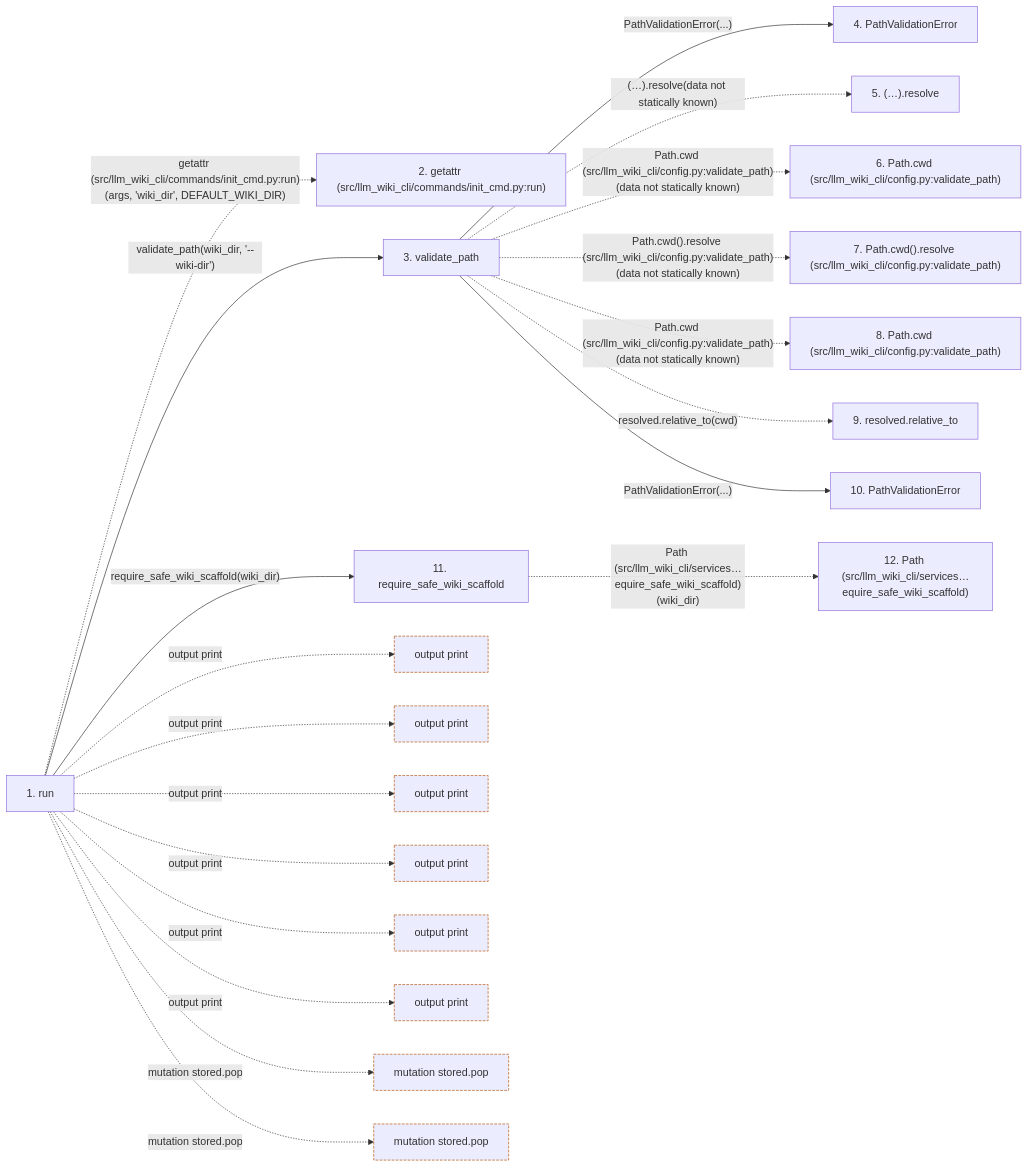
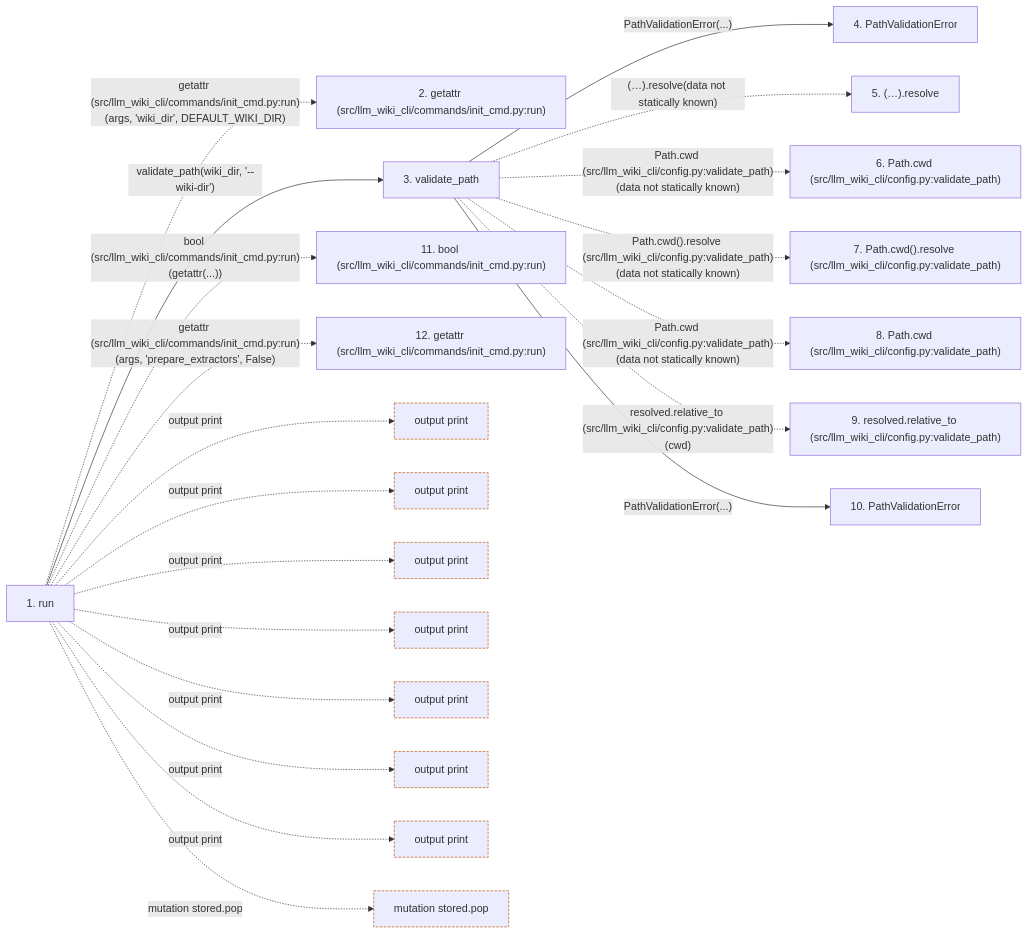
Before and after one commit to Denissvgn/python-wiki-llm: the second of 2 diagrams in docs/llm_wiki/flows/cli-init.md, drawn with Mermaid. The commit also changed other lines of this file and 509 other files, not shown here.

````diff
--- a/docs/llm_wiki/flows/cli-init.md
+++ b/docs/llm_wiki/flows/cli-init.md
@@ -92,56 +95,55 @@
 ```mermaid
 flowchart LR
     s1["1. run"]
     s2["2. getattr (src/llm_wiki_cli/commands/init_cmd.py:run)"]
     s3["3. validate_path"]
     s4["4. PathValidationError"]
     s5["5. (…).resolve"]
     s6["6. Path.cwd (src/llm_wiki_cli/config.py:validate_path)"]
     s7["7. Path.cwd().resolve (src/llm_wiki_cli/config.py:validate_path)"]
     s8["8. Path.cwd (src/llm_wiki_cli/config.py:validate_path)"]
-    s9["9. resolved.relative_to"]
+    s9["9. resolved.relative_to (src/llm_wiki_cli/config.py:validate_path)"]
     s10["10. PathValidationError"]
-    s11["11. require_safe_wiki_scaffold"]
-    s12["12. Path (src/llm_wiki_cli/services…equire_safe_wiki_scaffold)"]
+    s11["11. bool (src/llm_wiki_cli/commands/init_cmd.py:run)"]
+    s12["12. getattr (src/llm_wiki_cli/commands/init_cmd.py:run)"]
     s1 -. "getattr (src/llm_wiki_cli/commands/init_cmd.py:run)(args, 'wiki_dir', DEFAULT_WIKI_DIR)" .-> s2
     s1 -->|"validate_path(wiki_dir, '--wiki-dir')"| s3
     s3 -->|"PathValidationError(...)"| s4
     s3 -. "(…).resolve(data not statically known)" .-> s5
     s3 -. "Path.cwd (src/llm_wiki_cli/config.py:validate_path)(data not statically known)" .-> s6
     s3 -. "Path.cwd().resolve (src/llm_wiki_cli/config.py:validate_path)(data not statically known)" .-> s7
     s3 -. "Path.cwd (src/llm_wiki_cli/config.py:validate_path)(data not statically known)" .-> s8
-    s3 -. "resolved.relative_to(cwd)" .-> s9
+    s3 -. "resolved.relative_to (src/llm_wiki_cli/config.py:validate_path)(cwd)" .-> s9
     s3 -->|"PathValidationError(...)"| s10
-    s1 -->|"require_safe_wiki_scaffold(wiki_dir)"| s11
-    s11 -. "Path (src/llm_wiki_cli/services…equire_safe_wiki_scaffold)(wiki_dir)" .-> s12
+    s1 -. "bool (src/llm_wiki_cli/commands/init_cmd.py:run)(getattr(...))" .-> s11
+    s1 -. "getattr (src/llm_wiki_cli/commands/init_cmd.py:run)(args, 'prepare_extractors', False)" .-> s12
     b0["output print"]
     s1 -. "output print" .-> b0
     b1["output print"]
     s1 -. "output print" .-> b1
     b2["output print"]
     s1 -. "output print" .-> b2
     b3["output print"]
     s1 -. "output print" .-> b3
     b4["output print"]
     s1 -. "output print" .-> b4
     b5["output print"]
     s1 -. "output print" .-> b5
-    b6["mutation stored.pop"]
-    s1 -. "mutation stored.pop" .-> b6
+    b6["output print"]
+    s1 -. "output print" .-> b6
     b7["mutation stored.pop"]
     s1 -. "mutation stored.pop" .-> b7
     click s1 "../modules/init_cmd.md"
     click s3 "../modules/config.md"
     click s4 "../modules/config.md"
     click s10 "../modules/config.md"
-    click s11 "../modules/wiki_lifecycle.md"
     classDef boundary stroke:#b45309,stroke-dasharray: 4 2
     class b0 boundary
     class b1 boundary
     class b2 boundary
     class b3 boundary
     class b4 boundary
     class b5 boundary
     class b6 boundary
     class b7 boundary
 ```
````
